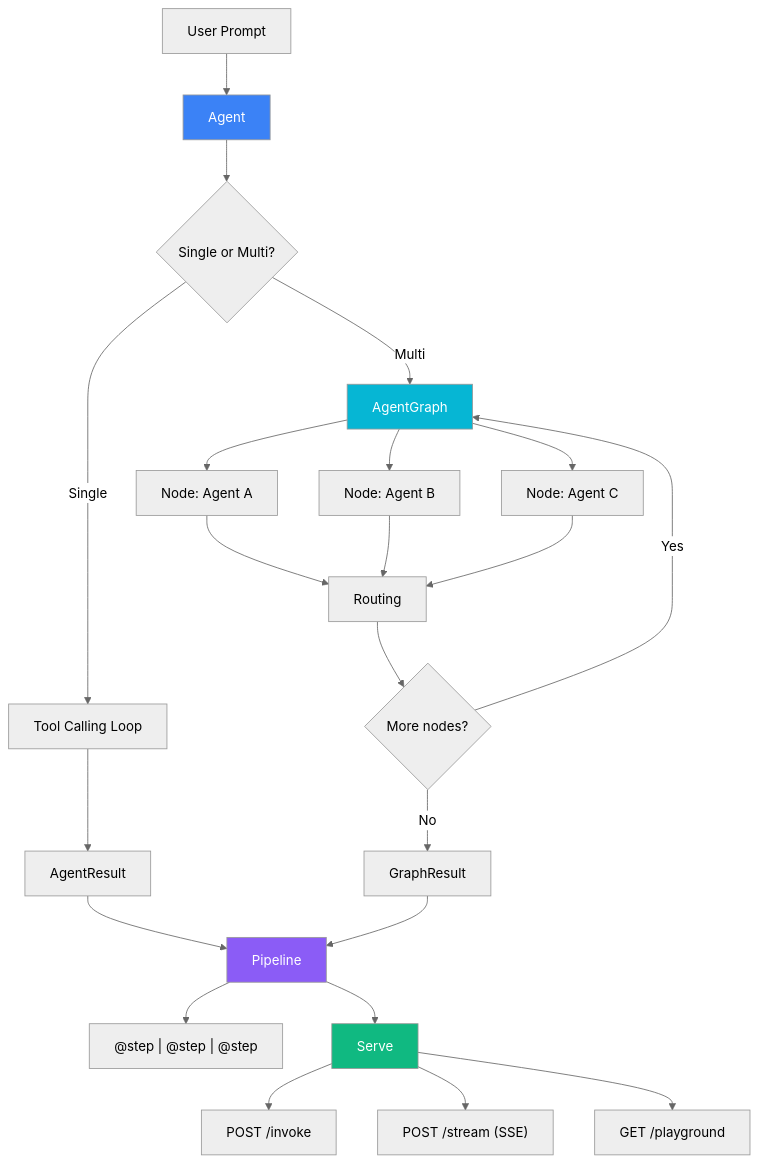
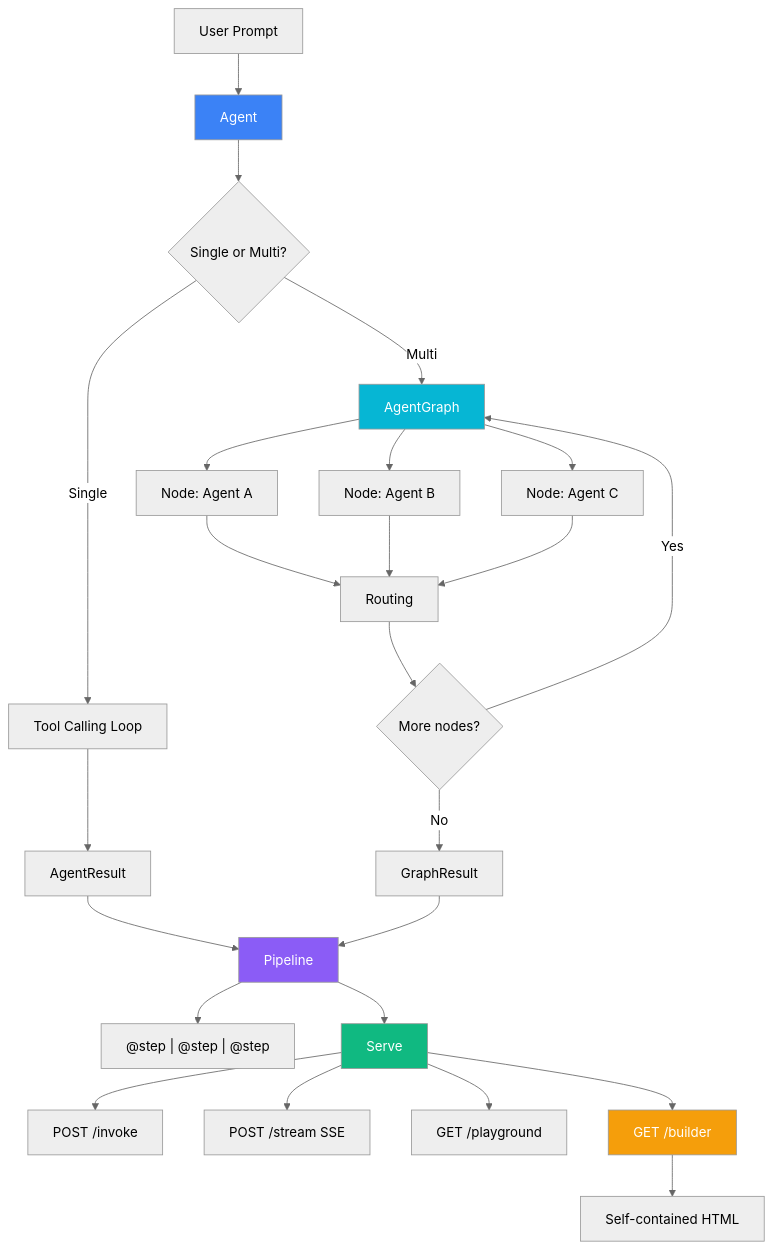
The first of 9 diagrams in docs/ARCHITECTURE.md (johnnichev/selectools), drawn with Mermaid (neutral theme) before and after one commit. The commit also changed other lines of this file, not shown here.

First line of the commit message:
fix(docs): replace all ASCII diagrams with Mermaid in ARCHITECTURE.md

````diff
--- a/docs/ARCHITECTURE.md
+++ b/docs/ARCHITECTURE.md
@@ -8,31 +8,34 @@
 ```mermaid
 graph TD
     A[User Prompt] --> B[Agent]
     B --> C{Single or Multi?}
     C -->|Single| D[Tool Calling Loop]
     C -->|Multi| E[AgentGraph]
     E --> F[Node: Agent A]
     E --> G[Node: Agent B]
     E --> H[Node: Agent C]
     F --> I[Routing]
     G --> I
     H --> I
     I --> J{More nodes?}
     J -->|Yes| E
     J -->|No| K[GraphResult]
 
     D --> L[AgentResult]
     L --> M[Pipeline]
     M --> N["@step | @step | @step"]
     K --> M
 
     M --> O[Serve]
     O --> P["POST /invoke"]
-    O --> Q["POST /stream (SSE)"]
+    O --> Q["POST /stream SSE"]
     O --> R["GET /playground"]
+    O --> S["GET /builder"]
+    S --> T["Self-contained HTML"]
 
     style B fill:#3b82f6,color:#fff
     style E fill:#06b6d4,color:#fff
     style M fill:#8b5cf6,color:#fff
     style O fill:#10b981,color:#fff
+    style S fill:#f59e0b,color:#fff
 ```
````
